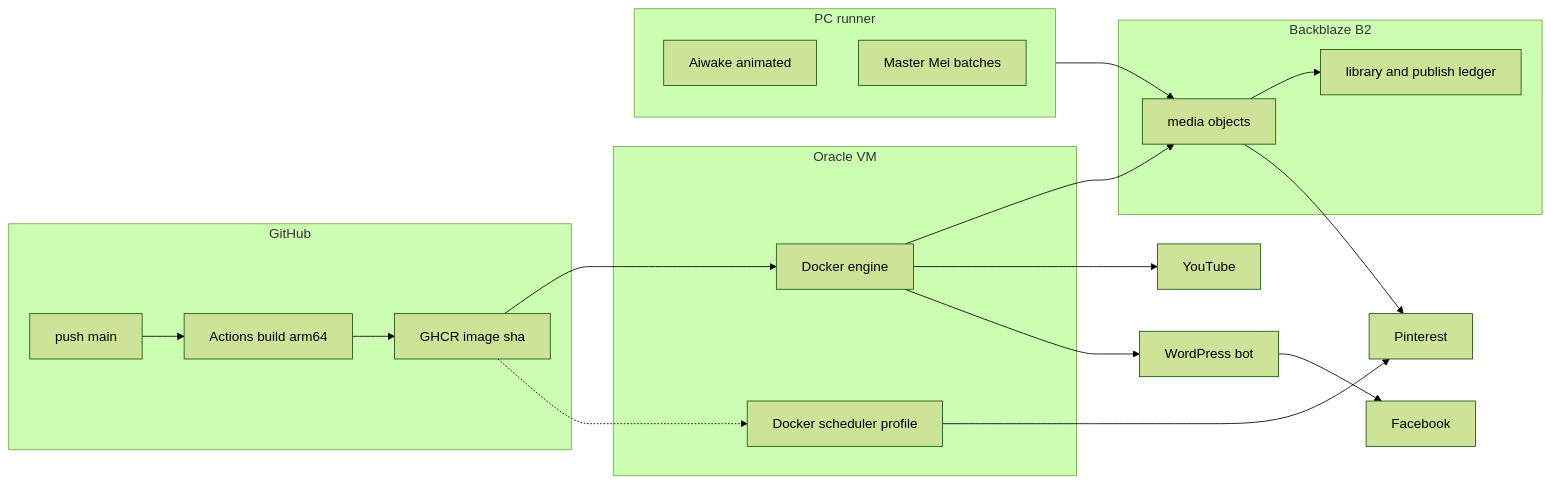
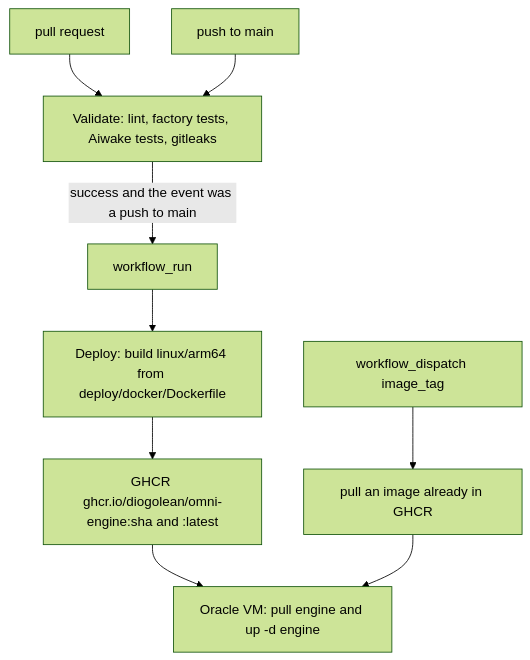
The sixth of 7 diagrams in docs/architecture/diagrams.md (diogolean/Omni-Engine), drawn with Mermaid (forest theme) before and after one commit. The commit also changed other lines of this file and 7 other files, not shown here.

````diff
--- a/docs/architecture/diagrams.md
+++ b/docs/architecture/diagrams.md
@@ -25,35 +133,11 @@
 ```mermaid
-flowchart LR
-    subgraph gh [GitHub]
-        push[push main]
-        actions[Actions build arm64]
-        ghcr[GHCR image sha]
-    end
-    subgraph vm [Oracle VM]
-        engine[Docker engine]
-        scheduler[Docker scheduler profile]
-    end
-    subgraph pc [PC runner]
-        aiwake[Aiwake animated]
-        mei[Master Mei batches]
-    end
-    subgraph store [Backblaze B2]
-        media[media objects]
-        ledger[library and publish ledger]
-    end
-    wp[WordPress bot]
-    fb[Facebook]
-    pin[Pinterest]
-    yt[YouTube]
-
-    push --> actions --> ghcr --> engine
-    ghcr -.-> scheduler
-    engine --> media
-    pc --> media
-    media --> ledger
-    engine --> yt
-    scheduler --> pin
-    engine --> wp
-    wp --> fb
-    media --> pin
+flowchart TD
+  pr[pull request] --> val[Validate: lint, factory tests, Aiwake tests, gitleaks]
+  push[push to main] --> val
+  val -->|success and the event was a push to main| wr[workflow_run]
+  wr --> build[Deploy: build linux/arm64 from deploy/docker/Dockerfile]
+  build --> ghcr["GHCR ghcr.io/diogolean/omni-engine:sha and :latest"]
+  ghcr --> vm["Oracle VM: pull engine and up -d engine"]
+  dispatch["workflow_dispatch image_tag"] --> roll[pull an image already in GHCR]
+  roll --> vm
 ```
````
